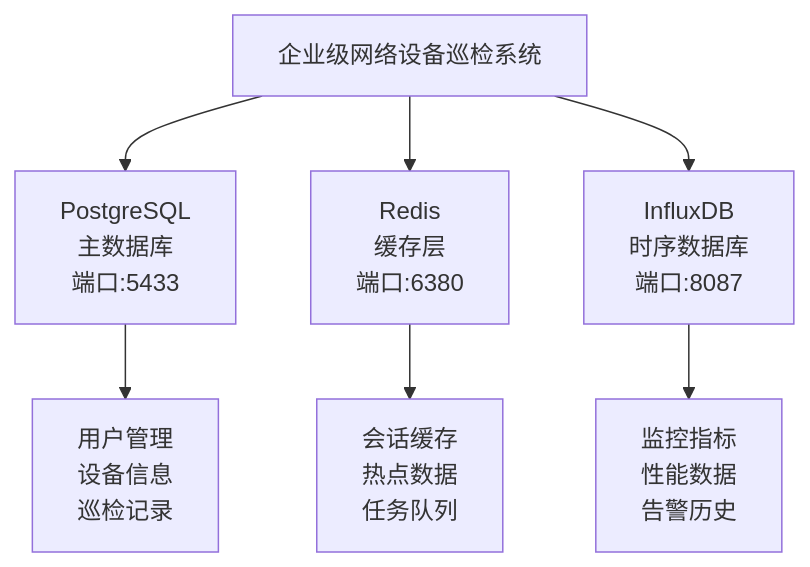
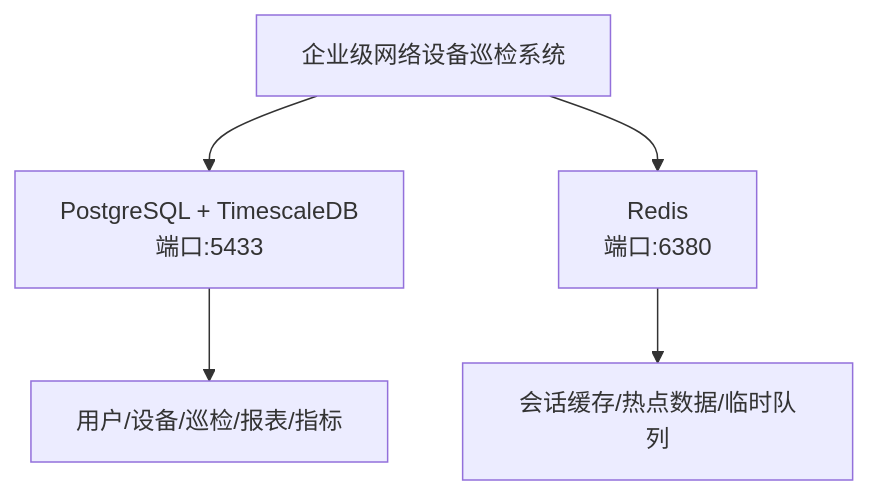
One commit to Izumi0527/inspect changed the diagram in docs/datebase/database-docker-deployment.md. Above: the diagram before and after it, drawn with Mermaid. The commit also changed other lines of this file and 472 other files, not shown here.

````diff
--- a/docs/datebase/database-docker-deployment.md
+++ b/docs/datebase/database-docker-deployment.md
@@ -22,10 +11,8 @@
 ```mermaid
 graph TB
-    A[企业级网络设备巡检系统] --> B[PostgreSQL<br/>主数据库<br/>端口:5433]
-    A --> C[Redis<br/>缓存层<br/>端口:6380]
-    A --> D[InfluxDB<br/>时序数据库<br/>端口:8087]
-    
-    B --> E[用户管理<br/>设备信息<br/>巡检记录]
-    C --> F[会话缓存<br/>热点数据<br/>任务队列]
-    D --> G[监控指标<br/>性能数据<br/>告警历史]
+    A[企业级网络设备巡检系统] --> B[PostgreSQL + TimescaleDB<br/>端口:5433]
+    A --> C[Redis<br/>端口:6380]
+
+    B --> D[用户/设备/巡检/报表/指标]
+    C --> E[会话缓存/热点数据/临时队列]
 ```
````
